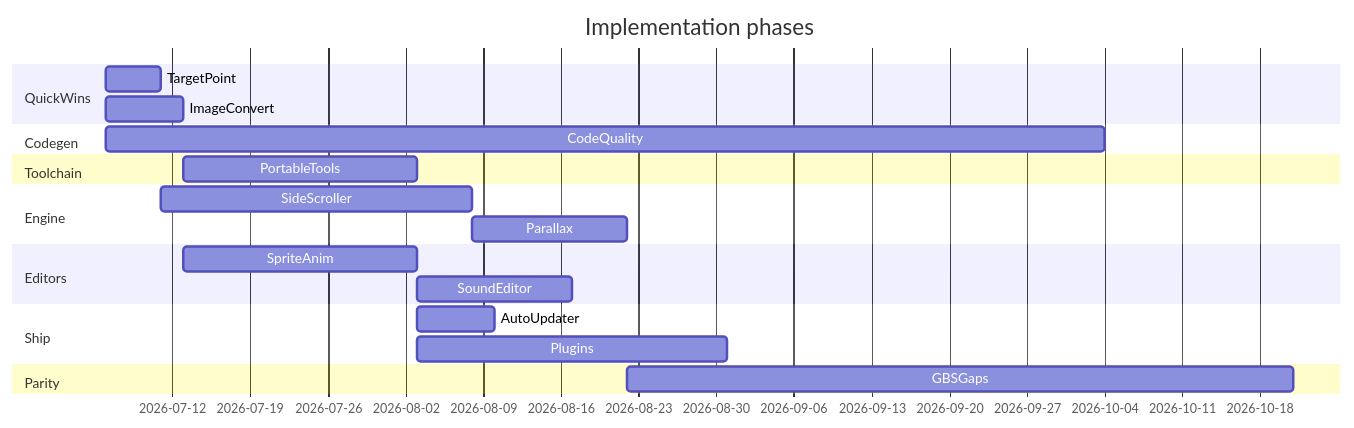
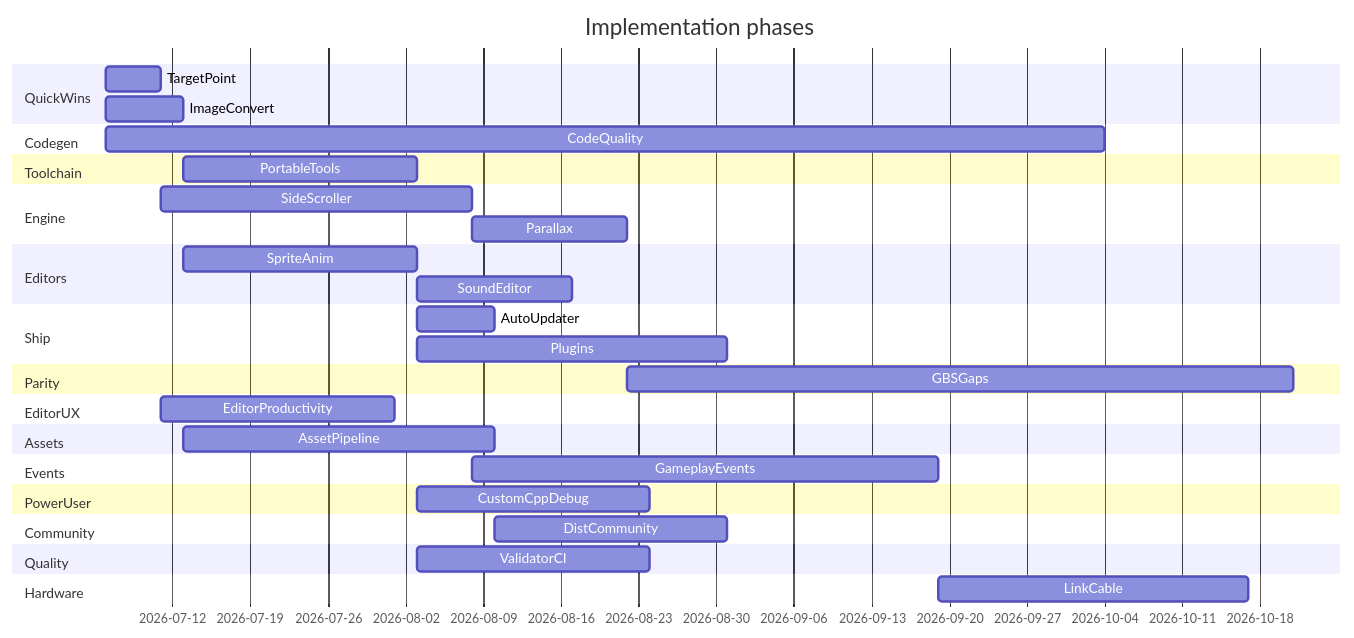
The third of 3 diagrams in .cursor/plans/gba_studio_v1.0_fork_5cde89ac.plan.md (aidmet/gba-studio), drawn with Mermaid before and after one commit. The commit also changed other lines of this file, not shown here.

````diff
--- a/.cursor/plans/gba_studio_v1.0_fork_5cde89ac.plan.md
+++ b/.cursor/plans/gba_studio_v1.0_fork_5cde89ac.plan.md
@@ -322,23 +573,37 @@
 ```mermaid
 gantt
   title Implementation phases
   dateFormat YYYY-MM-DD
   section QuickWins
     TargetPoint     :p1a, 2026-07-06, 5d
     ImageConvert    :p1b, 2026-07-06, 7d
   section Codegen
     CodeQuality     :p0, 2026-07-06, 90d
   section Toolchain
     PortableTools   :p2, after p1b, 21d
   section Engine
     SideScroller    :p3, after p1a, 28d
     Parallax        :p4, after p3, 14d
   section Editors
     SpriteAnim      :p5, after p1b, 21d
     SoundEditor     :p6, after p5, 14d
   section Ship
     AutoUpdater     :p7, after p2, 7d
     Plugins         :p8, after p5, 28d
   section Parity
     GBSGaps         :p9, after p4, 60d
+  section EditorUX
+    EditorProductivity :p10, after p1a, 21d
+  section Assets
+    AssetPipeline   :p11, after p1b, 28d
+  section Events
+    GameplayEvents  :p12, after p3, 42d
+  section PowerUser
+    CustomCppDebug  :p13, after p2, 21d
+  section Community
+    DistCommunity   :p14, after p7, 21d
+  section Quality
+    ValidatorCI     :p15, after p2, 21d
+  section Hardware
+    LinkCable       :p16, after p12, 28d
 ```
````
